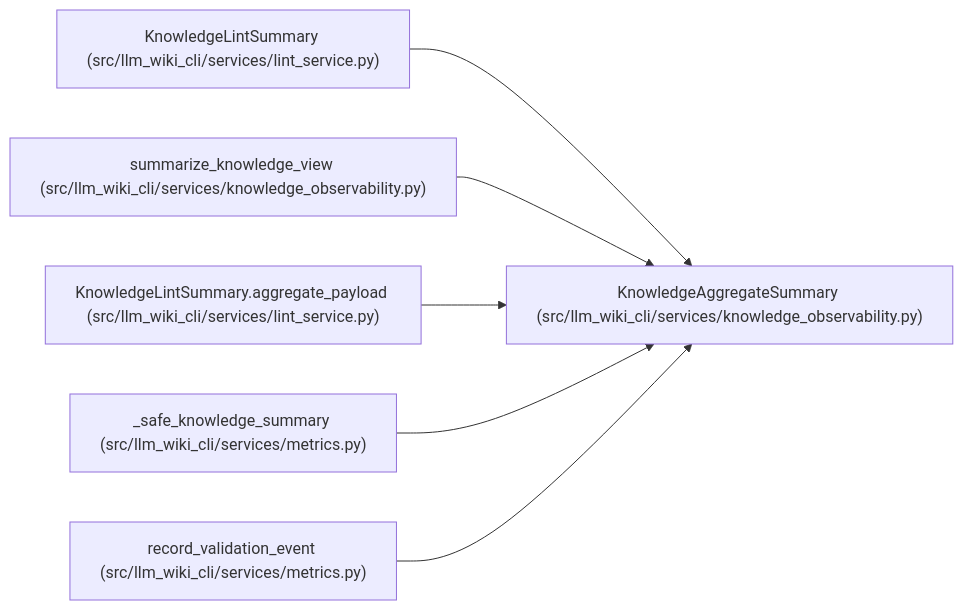
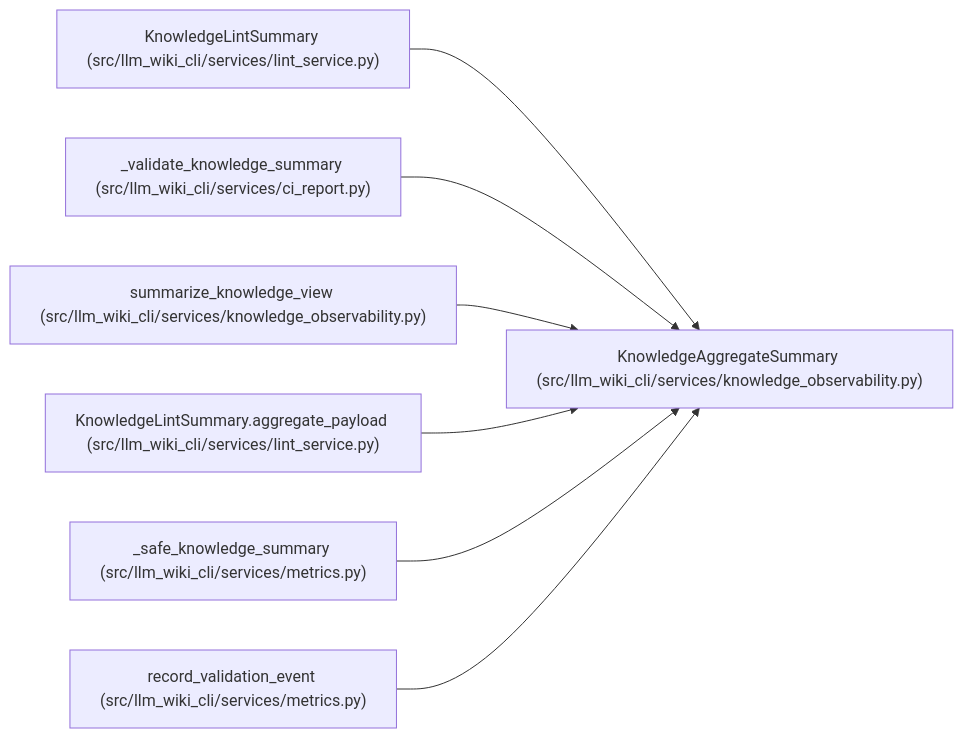
Before and after one commit to Denissvgn/python-wiki-llm: the diagram in docs/llm_wiki/entities/KnowledgeAggregateSummary.md, drawn with Mermaid. The commit also changed other lines of this file and 33 other files, not shown here.

````diff
--- a/docs/llm_wiki/entities/KnowledgeAggregateSummary.md
+++ b/docs/llm_wiki/entities/KnowledgeAggregateSummary.md
@@ -38,20 +38,23 @@
 ```mermaid
 flowchart LR
     n0["KnowledgeAggregateSummary (src/llm_wiki_cli/services/knowledge_observability.py)"]
     n1["KnowledgeLintSummary (src/llm_wiki_cli/services/lint_service.py)"]
-    n2["summarize_knowledge_view (src/llm_wiki_cli/services/knowledge_observability.py)"]
-    n3["KnowledgeLintSummary.aggregate_payload (src/llm_wiki_cli/services/lint_service.py)"]
-    n4["_safe_knowledge_summary (src/llm_wiki_cli/services/metrics.py)"]
-    n5["record_validation_event (src/llm_wiki_cli/services/metrics.py)"]
+    n2["_validate_knowledge_summary (src/llm_wiki_cli/services/ci_report.py)"]
+    n3["summarize_knowledge_view (src/llm_wiki_cli/services/knowledge_observability.py)"]
+    n4["KnowledgeLintSummary.aggregate_payload (src/llm_wiki_cli/services/lint_service.py)"]
+    n5["_safe_knowledge_summary (src/llm_wiki_cli/services/metrics.py)"]
+    n6["record_validation_event (src/llm_wiki_cli/services/metrics.py)"]
     n1 --> n0
     n2 --> n0
     n3 --> n0
     n4 --> n0
     n5 --> n0
+    n6 --> n0
     click n0 "../modules/knowledge_observability.md"
     click n1 "../modules/lint_service.md"
-    click n2 "../modules/knowledge_observability.md"
-    click n3 "../modules/lint_service.md"
-    click n4 "../modules/metrics.md"
+    click n2 "../modules/ci_report.md"
+    click n3 "../modules/knowledge_observability.md"
+    click n4 "../modules/lint_service.md"
     click n5 "../modules/metrics.md"
+    click n6 "../modules/metrics.md"
 ```
````
